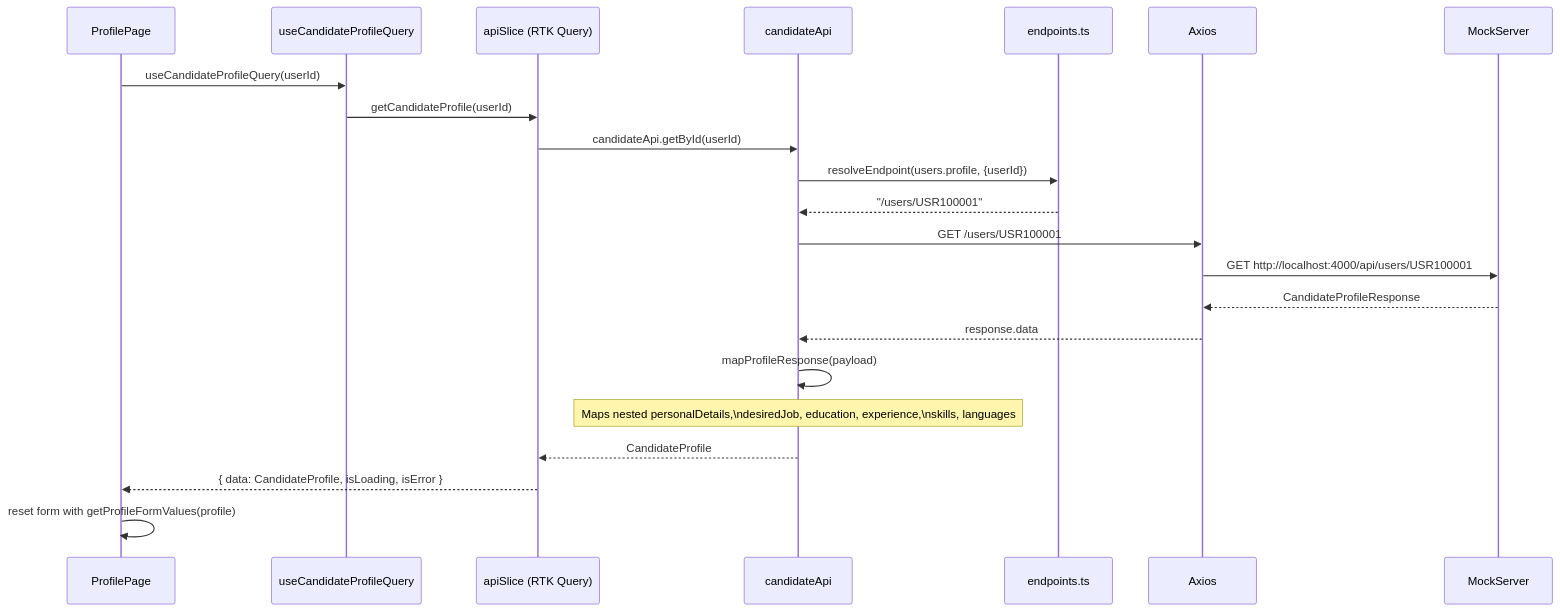
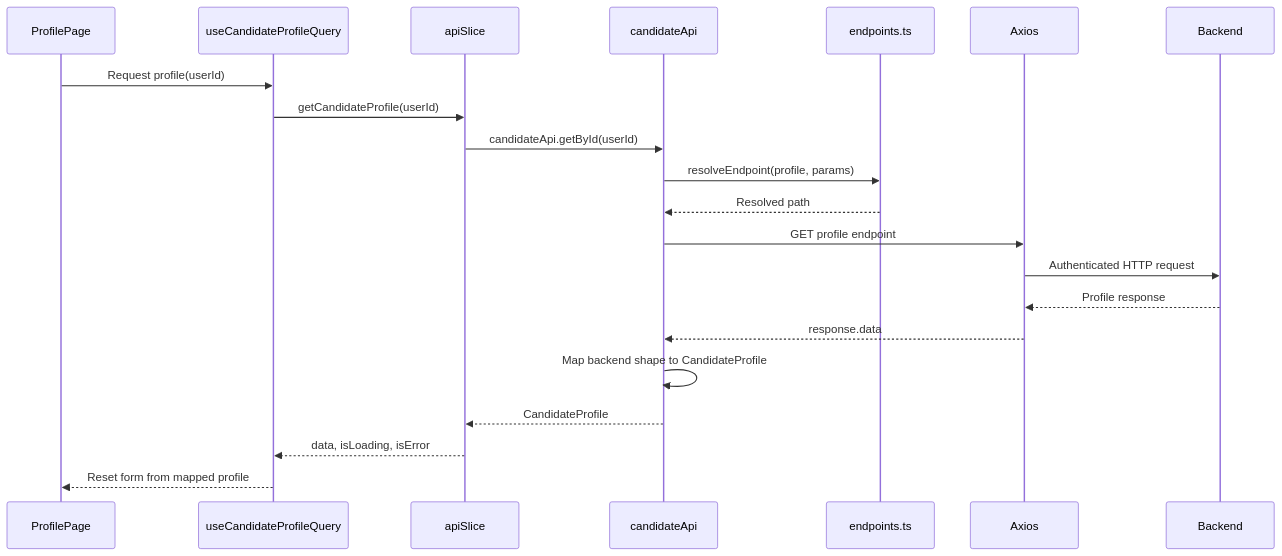
One commit to PiyalChatterjee/skills-mine-frontend changed the seventh of 9 diagrams in ARCHITECTURE.md. Above: the diagram before and after it, drawn with Mermaid. The commit also changed other lines of this file and 1 other file, not shown here.

````diff
--- a/ARCHITECTURE.md
+++ b/ARCHITECTURE.md
@@ -473,25 +397,24 @@
 ```mermaid
 sequenceDiagram
-    participant ProfilePage
-    participant useCandidateProfileQuery
-    participant apiSlice (RTK Query)
-    participant candidateApi
-    participant endpoints.ts
-    participant Axios
-    participant MockServer
+  participant Page as ProfilePage
+  participant Hook as useCandidateProfileQuery
+  participant RTK as apiSlice
+  participant Service as candidateApi
+  participant Config as endpoints.ts
+  participant Axios
+  participant Backend
 
-    ProfilePage->>useCandidateProfileQuery: useCandidateProfileQuery(userId)
-    useCandidateProfileQuery->>apiSlice (RTK Query): getCandidateProfile(userId)
-    apiSlice (RTK Query)->>candidateApi: candidateApi.getById(userId)
-    candidateApi->>endpoints.ts: resolveEndpoint(users.profile, {userId})
-    endpoints.ts-->>candidateApi: "/users/USR100001"
-    candidateApi->>Axios: GET /users/USR100001
-    Axios->>MockServer: GET http://localhost:4000/api/users/USR100001
-    MockServer-->>Axios: CandidateProfileResponse
-    Axios-->>candidateApi: response.data
-    candidateApi->>candidateApi: mapProfileResponse(payload)
-    Note over candidateApi: Maps nested personalDetails,\ndesiredJob, education, experience,\nskills, languages
-    candidateApi-->>apiSlice (RTK Query): CandidateProfile
-    apiSlice (RTK Query)-->>ProfilePage: { data: CandidateProfile, isLoading, isError }
-    ProfilePage->>ProfilePage: reset form with getProfileFormValues(profile)
+  Page->>Hook: Request profile(userId)
+  Hook->>RTK: getCandidateProfile(userId)
+  RTK->>Service: candidateApi.getById(userId)
+  Service->>Config: resolveEndpoint(profile, params)
+  Config-->>Service: Resolved path
+  Service->>Axios: GET profile endpoint
+  Axios->>Backend: Authenticated HTTP request
+  Backend-->>Axios: Profile response
+  Axios-->>Service: response.data
+  Service->>Service: Map backend shape to CandidateProfile
+  Service-->>RTK: CandidateProfile
+  RTK-->>Hook: data, isLoading, isError
+  Hook-->>Page: Reset form from mapped profile
 ```
````
